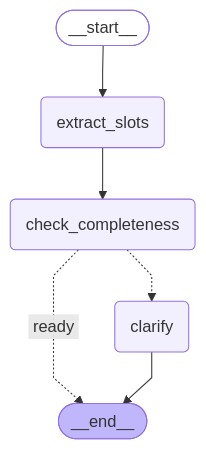
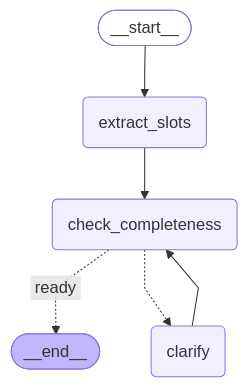
The diagram in docs/graph.md (ChenSir-sudo/ai-trip-pilot), drawn with Mermaid before and after one commit. The commit also changed other lines of this file and 8 other files, not shown here.

First line of the commit message:
feat(graph): turn clarify into a real resumable interrupt

````diff
--- a/docs/graph.md
+++ b/docs/graph.md
@@ -17,21 +17,21 @@
 ```mermaid
 ---
 config:
   flowchart:
     curve: linear
 ---
 graph TD;
 	__start__([<p>__start__</p>]):::first
 	extract_slots(extract_slots)
 	check_completeness(check_completeness)
 	clarify(clarify)
 	__end__([<p>__end__</p>]):::last
 	__start__ --> extract_slots;
 	check_completeness -. &nbsp;ready&nbsp; .-> __end__;
 	check_completeness -.-> clarify;
+	clarify --> check_completeness;
 	extract_slots --> check_completeness;
-	clarify --> __end__;
 	classDef default fill:#f2f0ff,line-height:1.2
 	classDef first fill-opacity:0
 	classDef last fill:#bfb6fc
 ```
````
